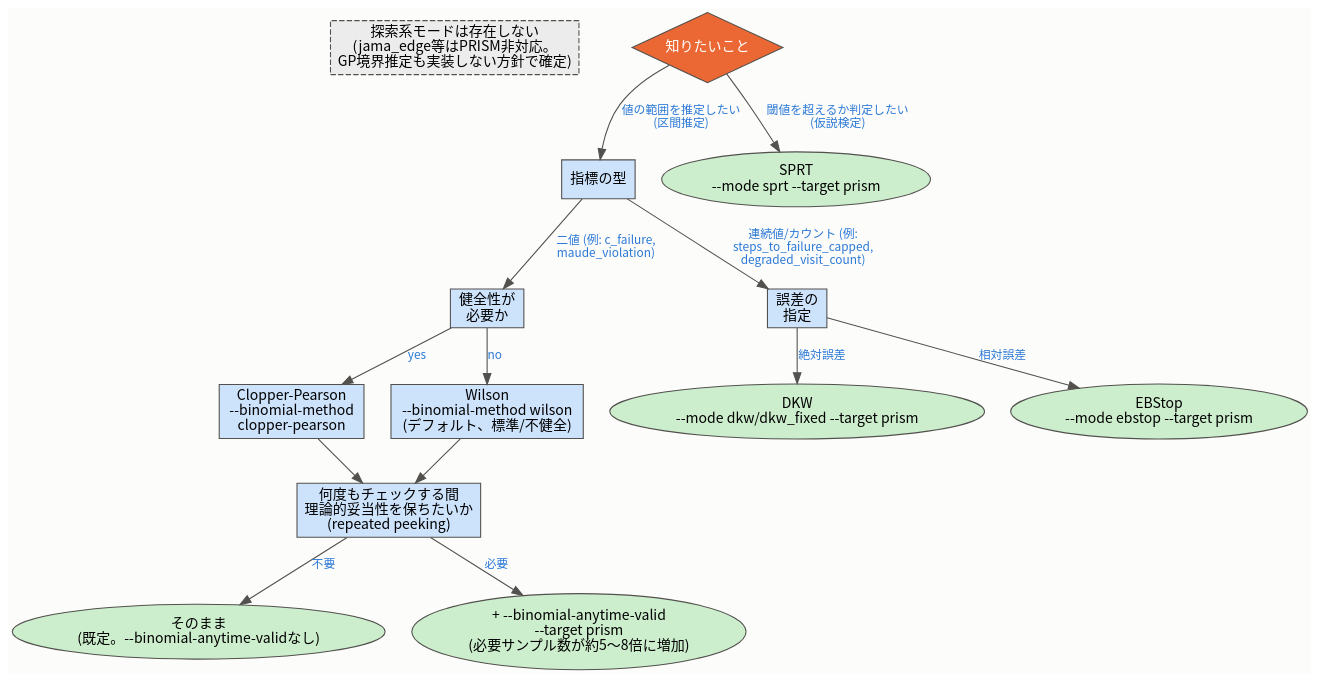
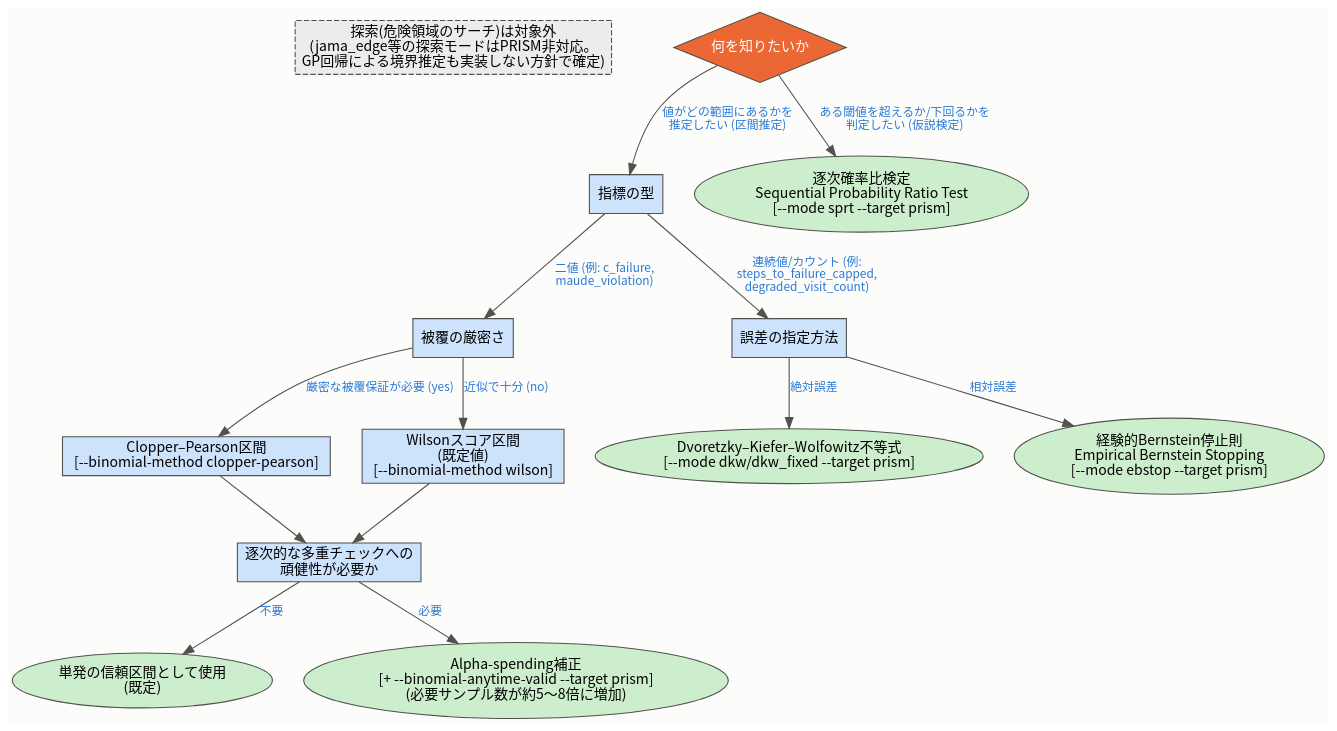
Before and after one commit to zlbhjl/AWSIM_launch: the diagram in docs/diagrams/prism_tree.dot, drawn with Graphviz. The commit also changed 4 other files, not shown here.

```diff
--- a/docs/diagrams/prism_tree.dot
+++ b/docs/diagrams/prism_tree.dot
@@ -1,40 +1,40 @@
 digraph PRISMTree {
-  graph [fontname="Noto Sans CJK JP", nodesep=0.35, ranksep=0.55, bgcolor="#fcfcfb"];
+  graph [fontname="Noto Sans CJK JP", nodesep=0.4, ranksep=0.6, bgcolor="#fcfcfb"];
   node [fontname="Noto Sans CJK JP", fontsize=13, style=filled, color="#52514e"];
   edge [fontname="Noto Sans CJK JP", fontsize=11, color="#52514e", fontcolor="#2a78d6"];
 
-  no_explore [label="探索系モードは存在しない\n(jama_edge等はPRISM非対応。\nGP境界推定も実装しない方針で確定)", shape=box, style="filled,dashed", fillcolor="#ececec"];
-  goal [label="知りたいこと", shape=diamond, fillcolor="#eb6834", fontcolor=white, width=1.2, height=0.9];
+  no_explore [label="探索(危険領域のサーチ)は対象外\n(jama_edge等の探索モードはPRISM非対応。\nGP回帰による境界推定も実装しない方針で確定)", shape=box, style="filled,dashed", fillcolor="#ececec"];
+  goal [label="何を知りたいか", shape=diamond, fillcolor="#eb6834", fontcolor=white, width=1.2, height=0.9];
   proptype [label="指標の型", shape=box, fillcolor="#cde2fb"];
-  sound_bin [label="健全性が\n必要か", shape=box, fillcolor="#cde2fb"];
-  errtype [label="誤差の\n指定", shape=box, fillcolor="#cde2fb"];
+  sound_bin [label="被覆の厳密さ", shape=box, fillcolor="#cde2fb"];
+  errtype [label="誤差の指定方法", shape=box, fillcolor="#cde2fb"];
+  peeking [label="逐次的な多重チェックへの\n頑健性が必要か", shape=box, fillcolor="#cde2fb"];
 
-  sprt [label="SPRT\n--mode sprt --target prism", shape=ellipse, fillcolor="#cdeecd"];
-  clopper [label="Clopper-Pearson\n--binomial-method\nclopper-pearson", shape=box, fillcolor="#cde2fb"];
-  wilson [label="Wilson\n--binomial-method wilson\n(デフォルト、標準/不健全)", shape=box, fillcolor="#cde2fb"];
-  peeking [label="何度もチェックする間\n理論的妥当性を保ちたいか\n(repeated peeking)", shape=box, fillcolor="#cde2fb"];
-  peeking_no [label="そのまま\n(既定。--binomial-anytime-validなし)", shape=ellipse, fillcolor="#cdeecd"];
-  peeking_yes [label="+ --binomial-anytime-valid\n--target prism\n(必要サンプル数が約5〜8倍に増加)", shape=ellipse, fillcolor="#cdeecd"];
-  dkw_gap [label="DKW\n--mode dkw/dkw_fixed --target prism", shape=ellipse, fillcolor="#cdeecd"];
-  ebstop [label="EBStop\n--mode ebstop --target prism", shape=ellipse, fillcolor="#cdeecd"];
+  sprt [label="逐次確率比検定\nSequential Probability Ratio Test\n[--mode sprt --target prism]", shape=ellipse, fillcolor="#cdeecd"];
+  clopper [label="Clopper–Pearson区間\n[--binomial-method clopper-pearson]", shape=box, fillcolor="#cde2fb"];
+  wilson [label="Wilsonスコア区間\n(既定値)\n[--binomial-method wilson]", shape=box, fillcolor="#cde2fb"];
+  peeking_no [label="単発の信頼区間として使用\n(既定)", shape=ellipse, fillcolor="#cdeecd"];
+  peeking_yes [label="Alpha-spending補正\n[+ --binomial-anytime-valid --target prism]\n(必要サンプル数が約5〜8倍に増加)", shape=ellipse, fillcolor="#cdeecd"];
+  dkw_gap [label="Dvoretzky–Kiefer–Wolfowitz不等式\n[--mode dkw/dkw_fixed --target prism]", shape=ellipse, fillcolor="#cdeecd"];
+  ebstop [label="経験的Bernstein停止則\nEmpirical Bernstein Stopping\n[--mode ebstop --target prism]", shape=ellipse, fillcolor="#cdeecd"];
 
   no_explore -> goal [style=invis];
-  goal -> sprt [label="閾値を超えるか判定したい\n(仮説検定)"];
-  goal -> proptype [label="値の範囲を推定したい\n(区間推定)"];
+  goal -> sprt [label="ある閾値を超えるか/下回るかを\n判定したい (仮説検定)"];
+  goal -> proptype [label="値がどの範囲にあるかを\n推定したい (区間推定)"];
 
   proptype -> sound_bin [label="二値 (例: c_failure,\nmaude_violation)"];
   proptype -> errtype [label="連続値/カウント (例:\nsteps_to_failure_capped,\ndegraded_visit_count)"];
 
-  sound_bin -> clopper [label="yes"];
-  sound_bin -> wilson [label="no"];
+  sound_bin -> clopper [label="厳密な被覆保証が必要 (yes)"];
+  sound_bin -> wilson [label="近似で十分 (no)"];
 
   clopper -> peeking;
   wilson -> peeking;
   peeking -> peeking_no [label="不要"];
   peeking -> peeking_yes [label="必要"];
 
   errtype -> dkw_gap [label="絶対誤差"];
   errtype -> ebstop [label="相対誤差"];
 
   { rank=same; no_explore; goal; }
 }
```
